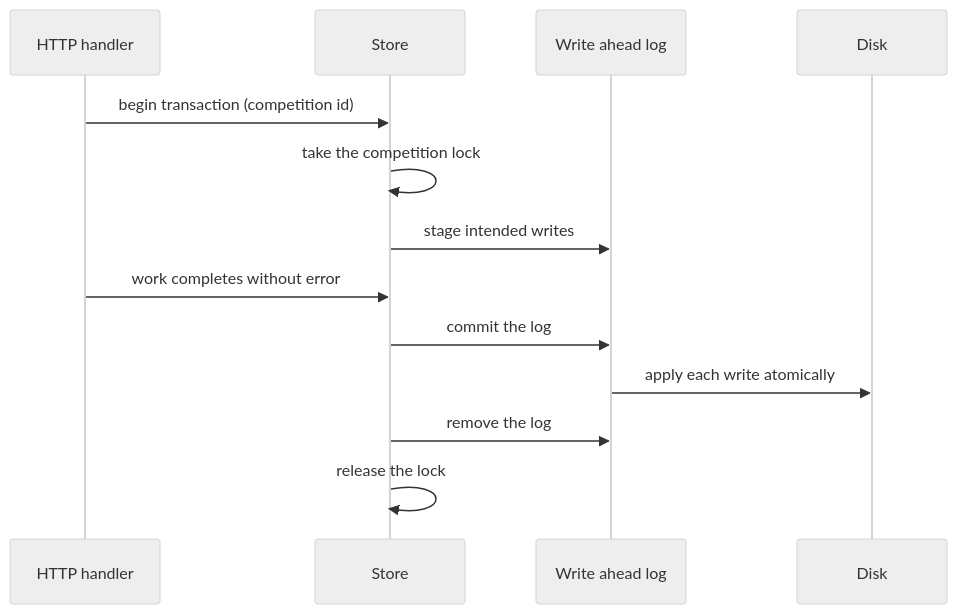
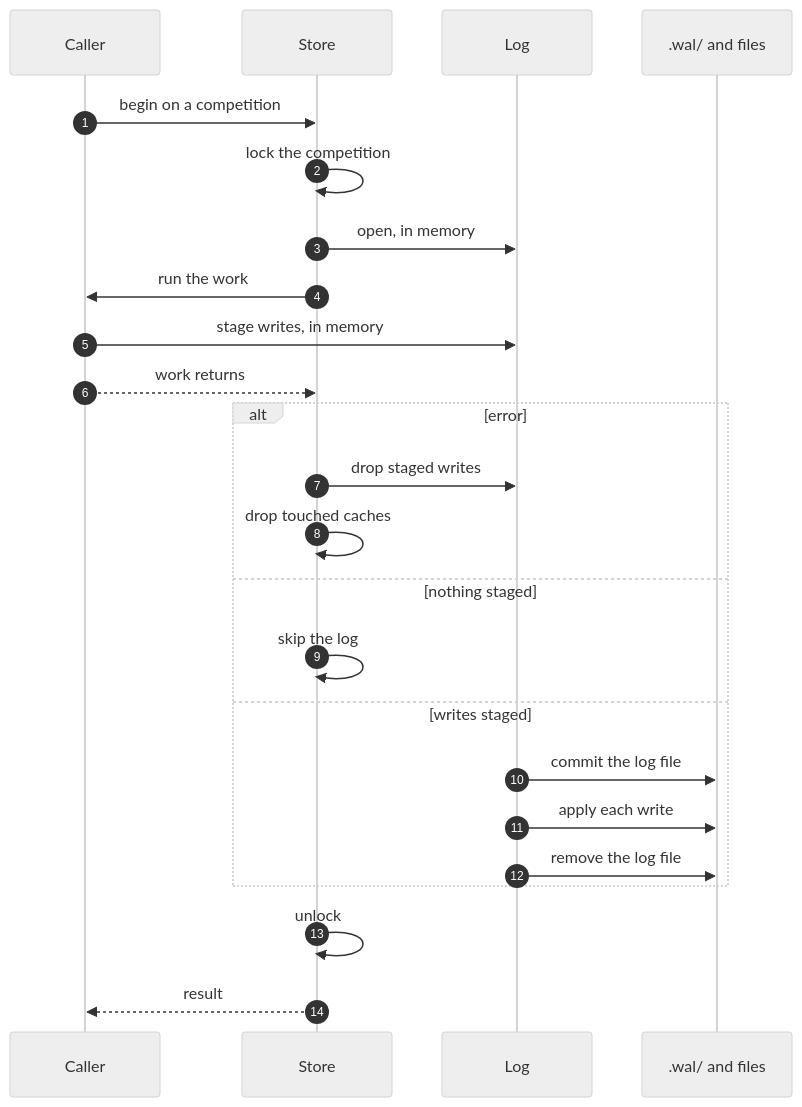
Before and after one commit to gitrgoliveira/bracket-creator: the eighth of 8 diagrams in docs/architecture/data-model.md, drawn with Mermaid (neutral theme). The commit also changed other lines of this file and 49 other files, not shown here.

First line of the commit message:
fix(bc-arch): one transaction for participant edits; WAL stale-log guard; architecture docs

````diff
--- a/docs/architecture/data-model.md
+++ b/docs/architecture/data-model.md
@@ -839,16 +876,27 @@
 ```mermaid
 sequenceDiagram
-    participant H as HTTP handler
+    autonumber
+    participant C as Caller
     participant S as Store
-    participant W as Write ahead log
-    participant D as Disk
+    participant L as Log
+    participant F as .wal/ and files
 
-    H->>S: begin transaction (competition id)
-    S->>S: take the competition lock
-    S->>W: stage intended writes
-    H->>S: work completes without error
-    S->>W: commit the log
-    W->>D: apply each write atomically
-    S->>W: remove the log
-    S->>S: release the lock
+    C->>S: begin on a competition
+    S->>S: lock the competition
+    S->>L: open, in memory
+    S->>C: run the work
+    C->>L: stage writes, in memory
+    C-->>S: work returns
+    alt error
+        S->>L: drop staged writes
+        S->>S: drop touched caches
+    else nothing staged
+        S->>S: skip the log
+    else writes staged
+        L->>F: commit the log file
+        L->>F: apply each write
+        L->>F: remove the log file
+    end
+    S->>S: unlock
+    S-->>C: result
 ```
````
